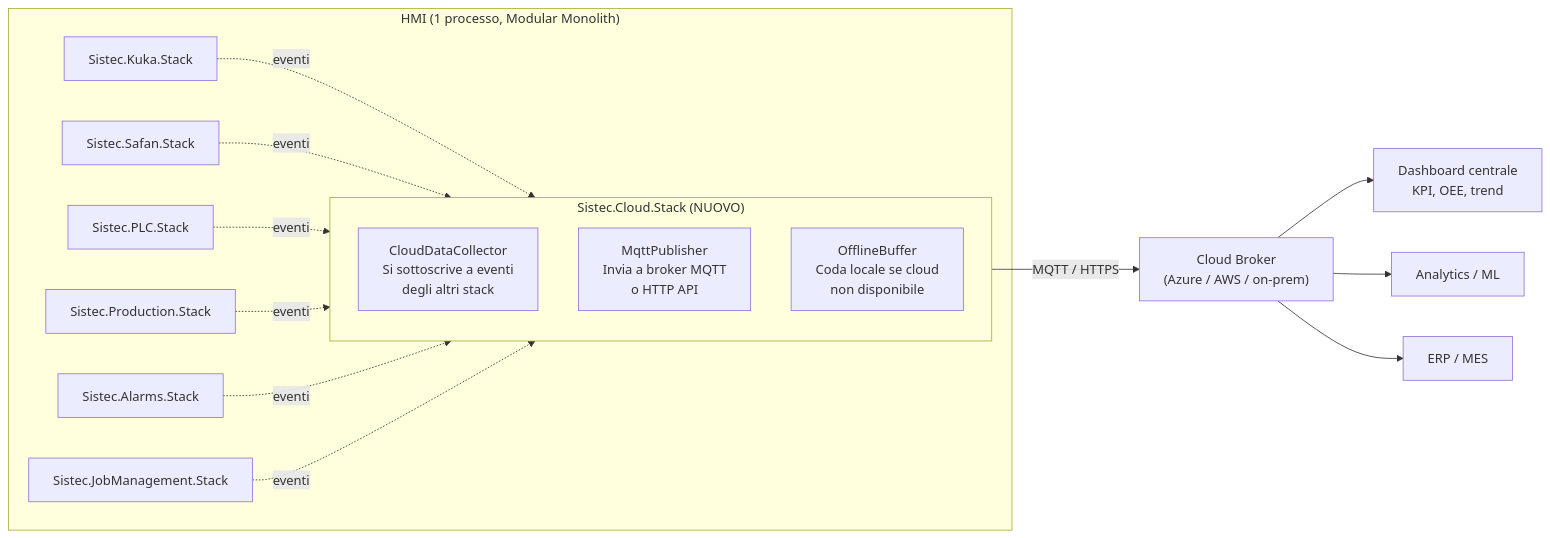
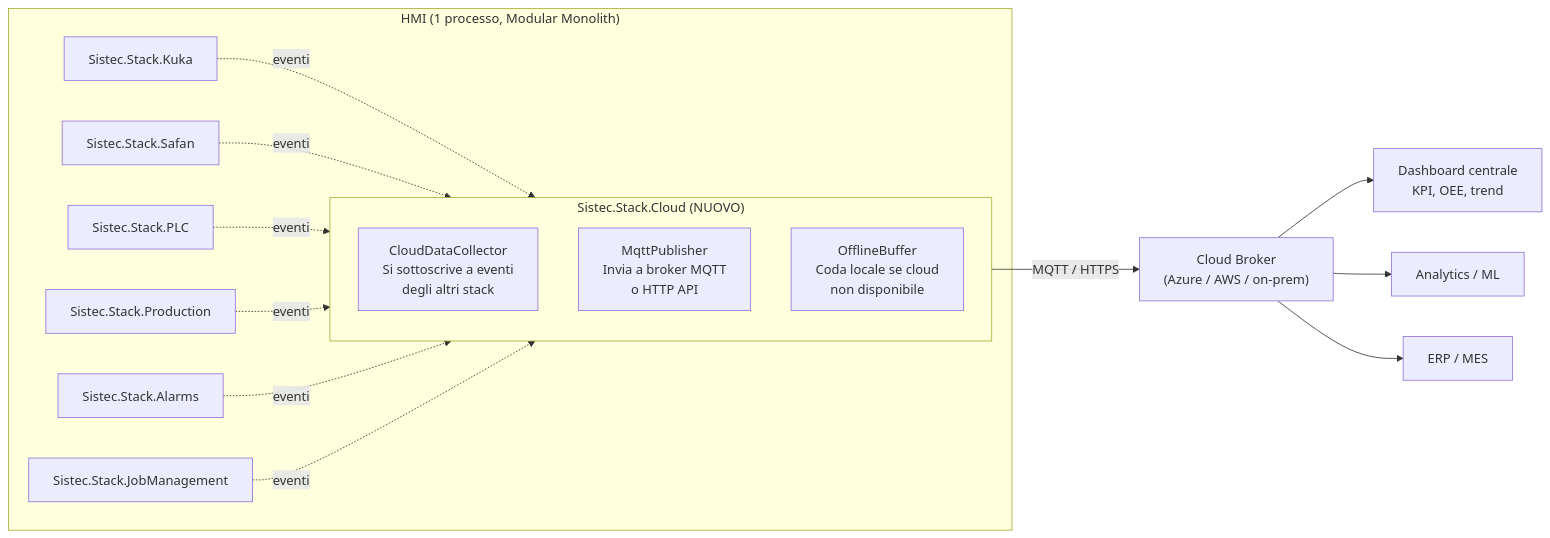
One commit to marc04AM/pellucida changed diagram 25 of 40 in analisi-unificata.md. Above: the diagram before and after it, drawn with Mermaid. The commit also changed other lines of this file and 1 other file, not shown here.

````diff
--- a/analisi-unificata.md
+++ b/analisi-unificata.md
@@ -2918,29 +2992,29 @@
 ```mermaid
 flowchart LR
     subgraph HMI["HMI (1 processo, Modular Monolith)"]
-        Kuka["Sistec.Kuka.Stack"]
-        Safan["Sistec.Safan.Stack"]
-        PLC["Sistec.PLC.Stack"]
-        Prod["Sistec.Production.Stack"]
-        Alarms["Sistec.Alarms.Stack"]
-        Jobs["Sistec.JobManagement.Stack"]
+        Kuka["Sistec.Stack.Kuka"]
+        Safan["Sistec.Stack.Safan"]
+        PLC["Sistec.Stack.PLC"]
+        Prod["Sistec.Stack.Production"]
+        Alarms["Sistec.Stack.Alarms"]
+        Jobs["Sistec.Stack.JobManagement"]
 
-        subgraph Cloud["Sistec.Cloud.Stack (NUOVO)"]
+        subgraph Cloud["Sistec.Stack.Cloud (NUOVO)"]
             Collector["CloudDataCollector<br/>Si sottoscrive a eventi<br/>degli altri stack"]
             MQTT["MqttPublisher<br/>Invia a broker MQTT<br/>o HTTP API"]
             Buffer["OfflineBuffer<br/>Coda locale se cloud<br/>non disponibile"]
         end
     end
 
     Cloud -->|MQTT / HTTPS| CloudBroker["Cloud Broker<br/>(Azure / AWS / on-prem)"]
     CloudBroker --> Dashboard["Dashboard centrale<br/>KPI, OEE, trend"]
     CloudBroker --> Analytics["Analytics / ML"]
     CloudBroker --> ERP["ERP / MES"]
 
     Kuka -.->|eventi| Cloud
     Safan -.->|eventi| Cloud
     PLC -.->|eventi| Cloud
     Prod -.->|eventi| Cloud
     Alarms -.->|eventi| Cloud
     Jobs -.->|eventi| Cloud
 ```
````
